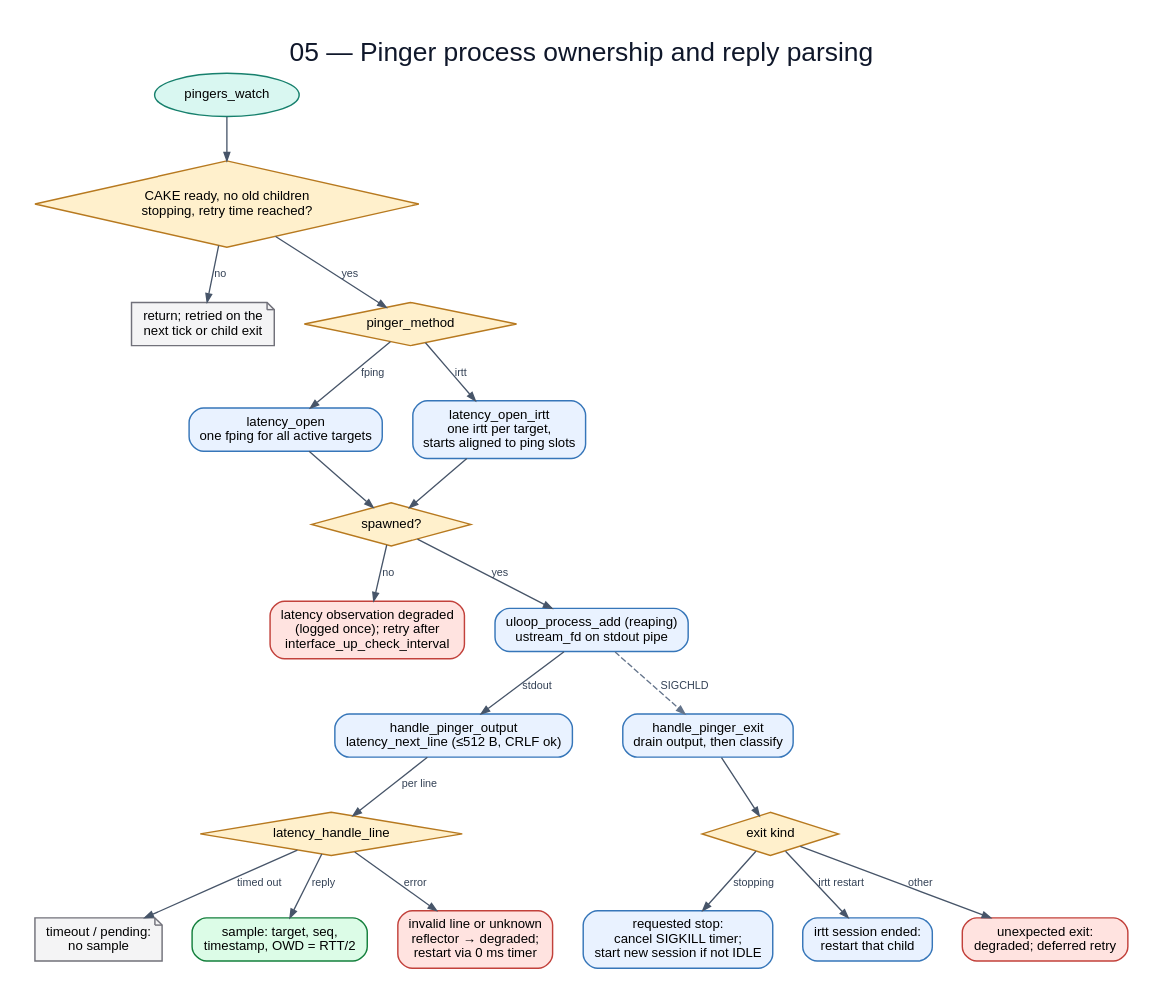
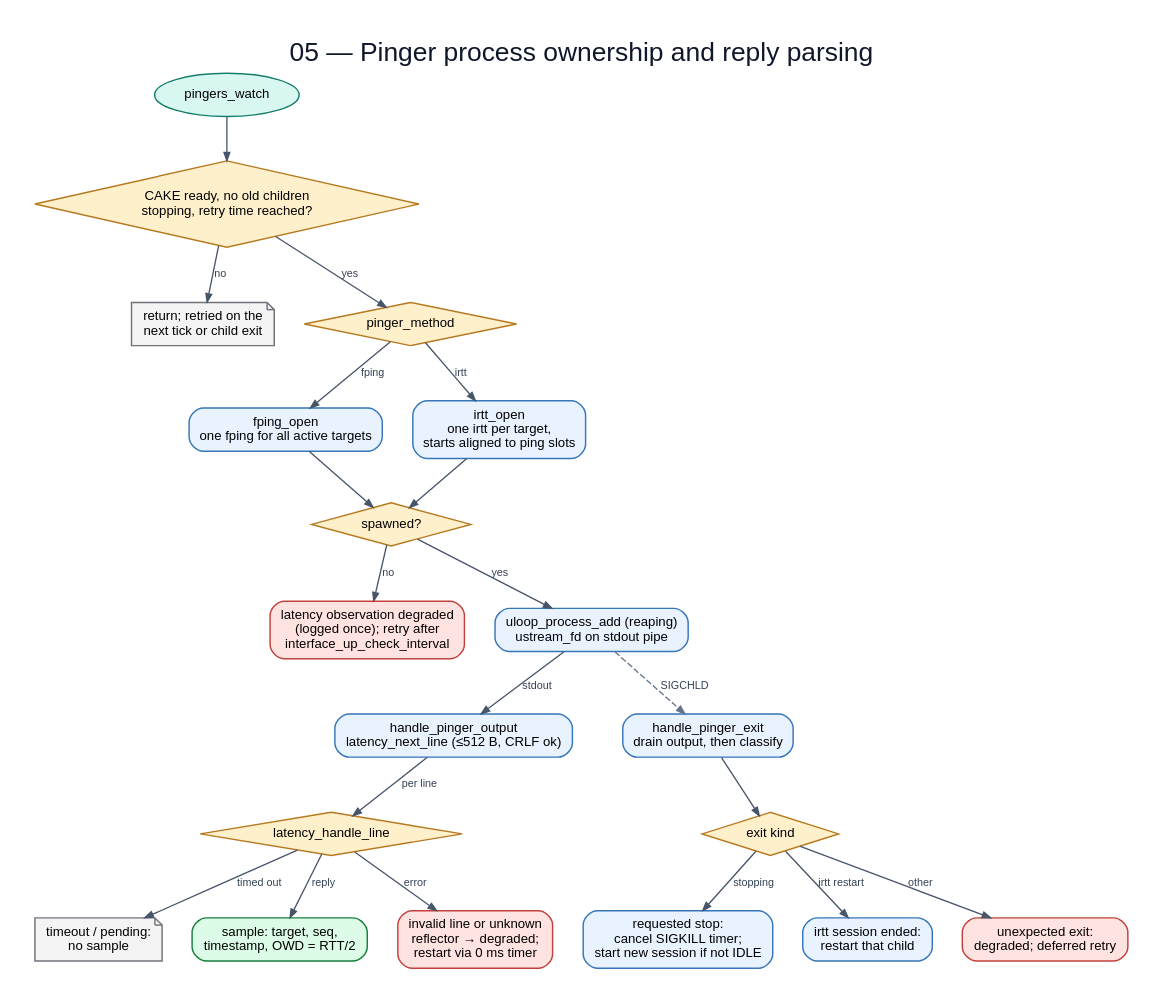
The diagram in flowchart/diagrams/05-fping-process.dot (huydoan94/cake-adapt), drawn with Graphviz before and after one commit. The commit also changed 8 other files, not shown here.

Commit message:
flowchart: follow the context refactor

```diff
--- a/flowchart/diagrams/05-fping-process.dot
+++ b/flowchart/diagrams/05-fping-process.dot
@@ -1,43 +1,43 @@
 digraph G {
   graph [rankdir=TB,bgcolor="white",pad="0.30",nodesep="0.35",ranksep="0.48",splines=polyline,fontname="Arial",label="05 — Pinger process ownership and reply parsing",labelloc=t,fontsize=22,fontcolor="#0f172a"];
   node [fontname="Arial",fontsize=11,margin="0.14,0.09",penwidth=1.2];
   edge [fontname="Arial",fontsize=9,color="#475569",fontcolor="#334155",arrowsize=0.7,penwidth=1.1];
   watch [label="pingers_watch",shape=oval,style="filled",fillcolor="#d9f7f1",color="#17806d"];
   ready [label="CAKE ready, no old children\nstopping, retry time reached?",shape=diamond,style="filled",fillcolor="#fff0cc",color="#b7791f"];
   wait [label="return; retried on the\nnext tick or child exit",shape=note,style="filled",fillcolor="#f4f4f5",color="#71717a"];
   method [label="pinger_method",shape=diamond,style="filled",fillcolor="#fff0cc",color="#b7791f"];
-  fping [label="latency_open\none fping for all active targets",shape=box,style="rounded,filled",fillcolor="#e9f2ff",color="#3676b9"];
-  irtt [label="latency_open_irtt\none irtt per target,\nstarts aligned to ping slots",shape=box,style="rounded,filled",fillcolor="#e9f2ff",color="#3676b9"];
+  fping [label="fping_open\none fping for all active targets",shape=box,style="rounded,filled",fillcolor="#e9f2ff",color="#3676b9"];
+  irtt [label="irtt_open\none irtt per target,\nstarts aligned to ping slots",shape=box,style="rounded,filled",fillcolor="#e9f2ff",color="#3676b9"];
   spawnok [label="spawned?",shape=diamond,style="filled",fillcolor="#fff0cc",color="#b7791f"];
   degraded [label="latency observation degraded\n(logged once); retry after\ninterface_up_check_interval",shape=box,style="rounded,filled",fillcolor="#ffe3e0",color="#c2413b"];
   register [label="uloop_process_add (reaping)\nustream_fd on stdout pipe",shape=box,style="rounded,filled",fillcolor="#e9f2ff",color="#3676b9"];
   read [label="handle_pinger_output\nlatency_next_line (≤512 B, CRLF ok)",shape=box,style="rounded,filled",fillcolor="#e9f2ff",color="#3676b9"];
   parse [label="latency_handle_line",shape=diamond,style="filled",fillcolor="#fff0cc",color="#b7791f"];
   timeout [label="timeout / pending:\nno sample",shape=note,style="filled",fillcolor="#f4f4f5",color="#71717a"];
   sample [label="sample: target, seq,\ntimestamp, OWD = RTT/2",shape=box,style="rounded,filled,bold",fillcolor="#dcfce7",color="#15803d"];
   bad [label="invalid line or unknown\nreflector → degraded;\nrestart via 0 ms timer",shape=box,style="rounded,filled",fillcolor="#ffe3e0",color="#c2413b"];
   exit [label="handle_pinger_exit\ndrain output, then classify",shape=box,style="rounded,filled",fillcolor="#e9f2ff",color="#3676b9"];
   exitkind [label="exit kind",shape=diamond,style="filled",fillcolor="#fff0cc",color="#b7791f"];
   stopped [label="requested stop:\ncancel SIGKILL timer;\nstart new session if not IDLE",shape=box,style="rounded,filled",fillcolor="#e9f2ff",color="#3676b9"];
   irttre [label="irtt session ended:\nrestart that child",shape=box,style="rounded,filled",fillcolor="#e9f2ff",color="#3676b9"];
   crash [label="unexpected exit:\ndegraded; deferred retry",shape=box,style="rounded,filled",fillcolor="#ffe3e0",color="#c2413b"];
   watch -> ready;
   ready -> wait [label="no"];
   ready -> method [label="yes"];
   method -> fping [label="fping"];
   method -> irtt [label="irtt"];
   fping -> spawnok;
   irtt -> spawnok;
   spawnok -> degraded [label="no"];
   spawnok -> register [label="yes"];
   register -> read [label="stdout"];
   read -> parse [label="per line"];
   parse -> timeout [label="timed out"];
   parse -> sample [label="reply"];
   parse -> bad [label="error"];
   register -> exit [label="SIGCHLD",style=dashed,color="#64748b"];
   exit -> exitkind;
   exitkind -> stopped [label="stopping"];
   exitkind -> irttre [label="irtt restart"];
   exitkind -> crash [label="other"];
 }
```
